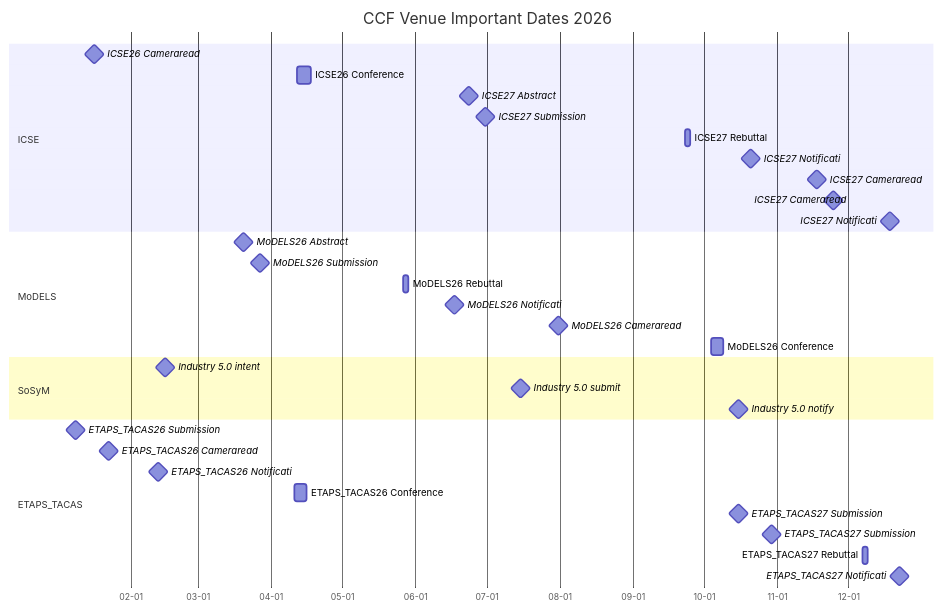
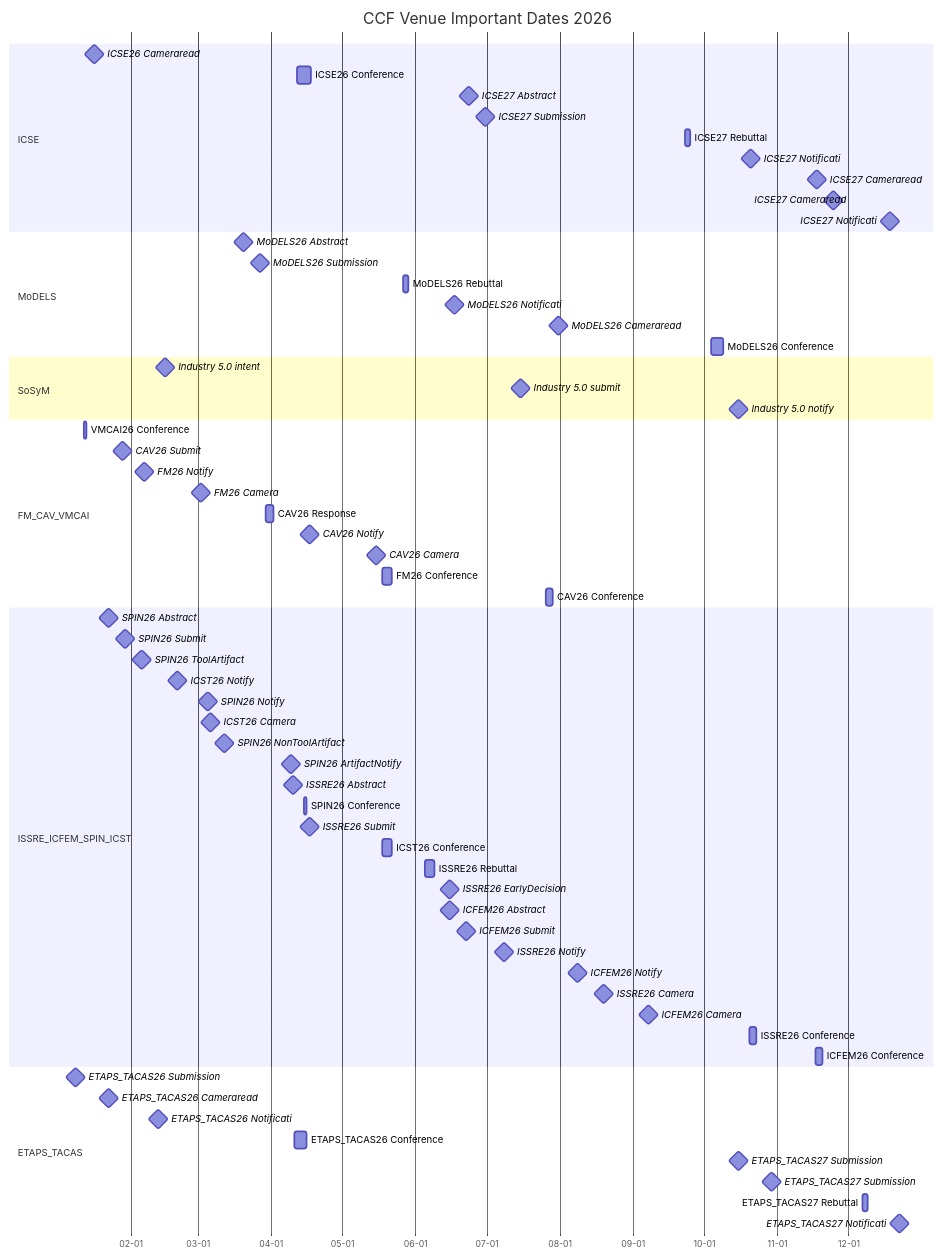
The third of 9 diagrams in ccf_venues/TIMELINE.md (HansBug/research_ideas), drawn with Mermaid before and after one commit. The commit also changed other lines of this file and 66 other files, not shown here.

````diff
--- a/ccf_venues/TIMELINE.md
+++ b/ccf_venues/TIMELINE.md
@@ -163,41 +220,76 @@
 ```mermaid
 gantt
   title CCF Venue Important Dates 2026
   dateFormat YYYY-MM-DD
   axisFormat %m-%d
 
   section ICSE
   ICSE26 Cameraread :milestone, icse2026_1_20260116, 2026-01-16, 1d
   ICSE26 Conference :icse2026_2_20260412, 2026-04-12, 2026-04-18
   ICSE27 Abstract :milestone, icse2027_3_20260623, 2026-06-23, 1d
   ICSE27 Submission :milestone, icse2027_4_20260630, 2026-06-30, 1d
   ICSE27 Rebuttal :icse2027_5_20260923, 2026-09-23, 2026-09-25
   ICSE27 Notificati :milestone, icse2027_6_20261020, 2026-10-20, 1d
   ICSE27 Cameraread :milestone, icse2027_7_20261117, 2026-11-17, 1d
   ICSE27 Cameraread :milestone, icse2027_8_20261124, 2026-11-24, 1d
   ICSE27 Notificati :milestone, icse2027_9_20261218, 2026-12-18, 1d
 
   section MoDELS
   MoDELS26 Abstract :milestone, models2026_1_20260320, 2026-03-20, 1d
   MoDELS26 Submission :milestone, models2026_2_20260327, 2026-03-27, 1d
   MoDELS26 Rebuttal :models2026_3_20260527, 2026-05-27, 2026-05-29
   MoDELS26 Notificati :milestone, models2026_4_20260617, 2026-06-17, 1d
   MoDELS26 Cameraread :milestone, models2026_5_20260731, 2026-07-31, 1d
   MoDELS26 Conference :models2026_6_20261004, 2026-10-04, 2026-10-09
 
   section SoSyM
   Industry 5.0 intent :milestone, sosym_industry_intent, 2026-02-15, 1d
   Industry 5.0 submit :milestone, sosym_industry_submit, 2026-07-15, 1d
   Industry 5.0 notify :milestone, sosym_industry_notify, 2026-10-15, 1d
 
+  section FM_CAV_VMCAI
+  VMCAI26 Conference :vmcai2026_conf, 2026-01-12, 2026-01-13
+  CAV26 Submit :milestone, cav2026_submit, 2026-01-28, 1d
+  FM26 Notify :milestone, fm2026_notify, 2026-02-06, 1d
+  FM26 Camera :milestone, fm2026_camera, 2026-03-02, 1d
+  CAV26 Response :cav2026_resp, 2026-03-30, 2026-04-02
+  CAV26 Notify :milestone, cav2026_notify, 2026-04-17, 1d
+  CAV26 Camera :milestone, cav2026_camera, 2026-05-15, 1d
+  FM26 Conference :fm2026_conf, 2026-05-18, 2026-05-22
+  CAV26 Conference :cav2026_conf, 2026-07-26, 2026-07-29
+
+  section ISSRE_ICFEM_SPIN_ICST
+  SPIN26 Abstract :milestone, spin2026_abs, 2026-01-22, 1d
+  SPIN26 Submit :milestone, spin2026_submit, 2026-01-29, 1d
+  SPIN26 ToolArtifact :milestone, spin2026_tool_art, 2026-02-05, 1d
+  ICST26 Notify :milestone, icst2026_notify, 2026-02-20, 1d
+  SPIN26 Notify :milestone, spin2026_notify, 2026-03-05, 1d
+  ICST26 Camera :milestone, icst2026_camera, 2026-03-06, 1d
+  SPIN26 NonToolArtifact :milestone, spin2026_non_tool_art, 2026-03-12, 1d
+  SPIN26 ArtifactNotify :milestone, spin2026_art_notify, 2026-04-09, 1d
+  ISSRE26 Abstract :milestone, issre2026_abs, 2026-04-10, 1d
+  SPIN26 Conference :spin2026_conf, 2026-04-15, 2026-04-16
+  ISSRE26 Submit :milestone, issre2026_submit, 2026-04-17, 1d
+  ICST26 Conference :icst2026_conf, 2026-05-18, 2026-05-22
+  ISSRE26 Rebuttal :issre2026_rebuttal, 2026-06-05, 2026-06-09
+  ISSRE26 EarlyDecision :milestone, issre2026_early, 2026-06-15, 1d
+  ICFEM26 Abstract :milestone, icfem2026_abs, 2026-06-15, 1d
+  ICFEM26 Submit :milestone, icfem2026_submit, 2026-06-22, 1d
+  ISSRE26 Notify :milestone, issre2026_notify, 2026-07-08, 1d
+  ICFEM26 Notify :milestone, icfem2026_notify, 2026-08-08, 1d
+  ISSRE26 Camera :milestone, issre2026_camera, 2026-08-19, 1d
+  ICFEM26 Camera :milestone, icfem2026_camera, 2026-09-07, 1d
+  ISSRE26 Conference :issre2026_conf, 2026-10-20, 2026-10-23
+  ICFEM26 Conference :icfem2026_conf, 2026-11-17, 2026-11-20
+
   section ETAPS_TACAS
   ETAPS_TACAS26 Submission :milestone, etaps2026_1_20260108, 2026-01-08, 1d
   ETAPS_TACAS26 Cameraread :milestone, etaps2026_2_20260122, 2026-01-22, 1d
   ETAPS_TACAS26 Notificati :milestone, etaps2026_3_20260212, 2026-02-12, 1d
   ETAPS_TACAS26 Conference :etaps2026_4_20260411, 2026-04-11, 2026-04-16
   ETAPS_TACAS27 Submission :milestone, etaps2027_5_20261015, 2026-10-15, 1d
   ETAPS_TACAS27 Submission :milestone, etaps2027_6_20261029, 2026-10-29, 1d
   ETAPS_TACAS27 Rebuttal :etaps2027_7_20261207, 2026-12-07, 2026-12-09
   ETAPS_TACAS27 Notificati :milestone, etaps2027_8_20261222, 2026-12-22, 1d
 
 ```
````
